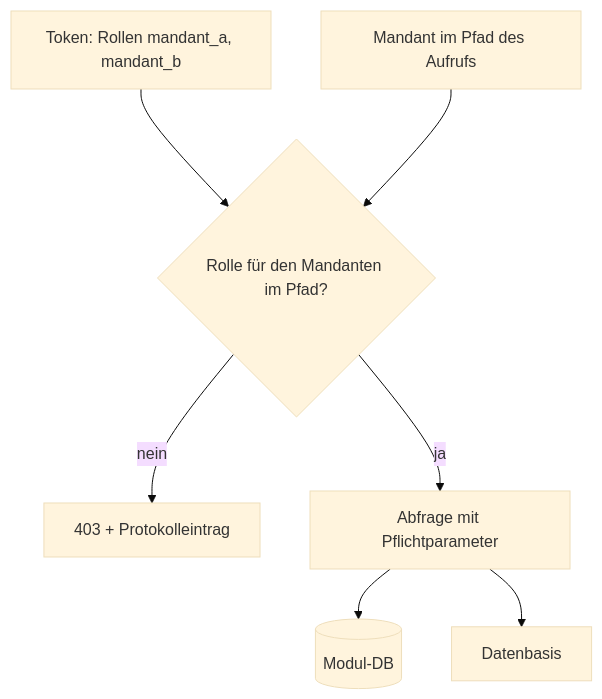
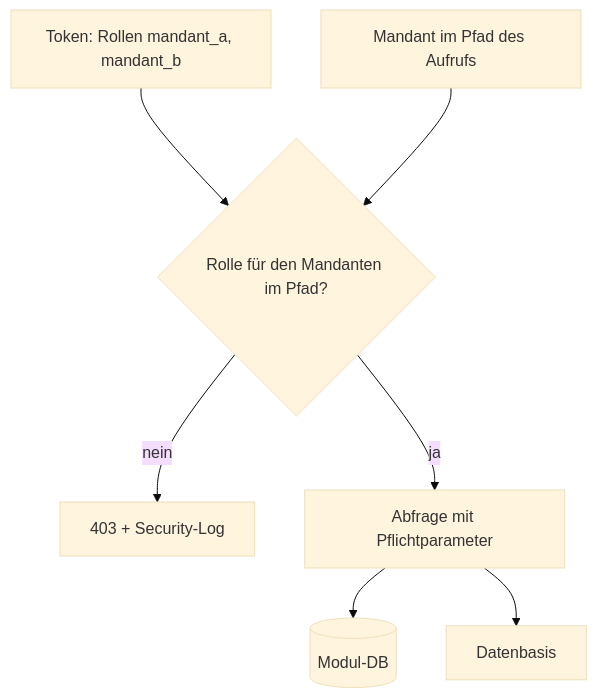
One commit to tiri/reference-architecture changed diagram 15 of 15 in arch-docs/README.md. Above: the diagram before and after it, drawn with Mermaid (base theme). The commit also changed other lines of this file and 1 other file, not shown here.

````diff
--- a/arch-docs/README.md
+++ b/arch-docs/README.md
@@ -618,9 +680,9 @@
 ```mermaid
 flowchart TB
     T["Token: Rollen mandant_a, mandant_b"] --> V{Rolle für den Mandanten im Pfad?}
     S["Mandant im Pfad des Aufrufs"] --> V
-    V -->|nein| ERR[403 + Protokolleintrag]
+    V -->|nein| ERR[403 + Security-Log]
     V -->|ja| Q[Abfrage mit Pflichtparameter]
     Q --> DB[(Modul-DB)]
     Q --> PLAT[Datenbasis]
 ```
````
